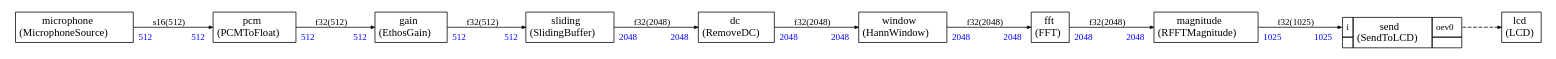
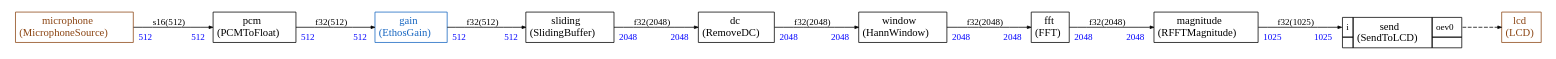
The diagram in projects/template_mram/generated/app.dot (christophe0606/EthosCatalog), drawn with Graphviz before and after one commit. The commit also changed 34 other files, not shown here.

Commit message:
Updated graph styling to distinguish different pte files

```diff
--- a/projects/template_mram/generated/app.dot
+++ b/projects/template_mram/generated/app.dot
@@ -1,149 +1,149 @@
 
 
 
 
 
 
 digraph structs {
     bgcolor = "white"
     node [shape=plaintext,color="black",fontcolor="black",fontname="Times-Roman"]
     rankdir=LR
     edge [arrowsize="0.5",color="black",fontcolor="black",fontname="Times-Roman"]
 
 
 dc [label=<
-<TABLE color="black" bgcolor="none" BORDER="0" CELLBORDER="1" CELLSPACING="0" CELLPADDING="4">
+<TABLE color="black" bgcolor="white" BORDER="0" CELLBORDER="1" CELLSPACING="0" CELLPADDING="4">
   <TR>
     <TD ALIGN="CENTER" PORT="i"><FONT COLOR="black" POINT-SIZE="14.0">dc<BR/>(RemoveDC)</FONT></TD>
   </TR>
 </TABLE>>];
 
 fft [label=<
-<TABLE color="black" bgcolor="none" BORDER="0" CELLBORDER="1" CELLSPACING="0" CELLPADDING="4">
+<TABLE color="black" bgcolor="white" BORDER="0" CELLBORDER="1" CELLSPACING="0" CELLPADDING="4">
   <TR>
     <TD ALIGN="CENTER" PORT="i"><FONT COLOR="black" POINT-SIZE="14.0">fft<BR/>(FFT)</FONT></TD>
   </TR>
 </TABLE>>];
 
 gain [label=<
-<TABLE color="black" bgcolor="none" BORDER="0" CELLBORDER="1" CELLSPACING="0" CELLPADDING="4">
+<TABLE color="#1565C0" bgcolor="white" BORDER="0" CELLBORDER="1" CELLSPACING="0" CELLPADDING="4">
   <TR>
-    <TD ALIGN="CENTER" PORT="i"><FONT COLOR="black" POINT-SIZE="14.0">gain<BR/>(EthosGain)</FONT></TD>
+    <TD ALIGN="CENTER" PORT="i"><FONT COLOR="#1565C0" POINT-SIZE="14.0">gain<BR/>(EthosGain)</FONT></TD>
   </TR>
 </TABLE>>];
 
 magnitude [label=<
-<TABLE color="black" bgcolor="none" BORDER="0" CELLBORDER="1" CELLSPACING="0" CELLPADDING="4">
+<TABLE color="black" bgcolor="white" BORDER="0" CELLBORDER="1" CELLSPACING="0" CELLPADDING="4">
   <TR>
     <TD ALIGN="CENTER" PORT="i"><FONT COLOR="black" POINT-SIZE="14.0">magnitude<BR/>(RFFTMagnitude)</FONT></TD>
   </TR>
 </TABLE>>];
 
 microphone [label=<
-<TABLE color="black" bgcolor="none" BORDER="0" CELLBORDER="1" CELLSPACING="0" CELLPADDING="4">
+<TABLE color="#8B4513" bgcolor="white" BORDER="0" CELLBORDER="1" CELLSPACING="0" CELLPADDING="4">
   <TR>
-    <TD ALIGN="CENTER" PORT="i"><FONT COLOR="black" POINT-SIZE="14.0">microphone<BR/>(MicrophoneSource)</FONT></TD>
+    <TD ALIGN="CENTER" PORT="i"><FONT COLOR="#8B4513" POINT-SIZE="14.0">microphone<BR/>(MicrophoneSource)</FONT></TD>
   </TR>
 </TABLE>>];
 
 pcm [label=<
-<TABLE color="black" bgcolor="none" BORDER="0" CELLBORDER="1" CELLSPACING="0" CELLPADDING="4">
+<TABLE color="black" bgcolor="white" BORDER="0" CELLBORDER="1" CELLSPACING="0" CELLPADDING="4">
   <TR>
     <TD ALIGN="CENTER" PORT="i"><FONT COLOR="black" POINT-SIZE="14.0">pcm<BR/>(PCMToFloat)</FONT></TD>
   </TR>
 </TABLE>>];
 
 
 send [label=<
-<TABLE color="black" bgcolor="none" BORDER="0" CELLBORDER="1" CELLSPACING="0" CELLPADDING="4">
+<TABLE color="black" bgcolor="white" BORDER="0" CELLBORDER="1" CELLSPACING="0" CELLPADDING="4">
   <TR>
     <TD PORT="i"><FONT POINT-SIZE="12.0" COLOR="black">i</FONT></TD>
     <TD ALIGN="CENTER" ROWSPAN="2"><FONT COLOR="black" POINT-SIZE="14.0">send<BR/>(SendToLCD)</FONT></TD>
     <TD PORT="oev0"><FONT POINT-SIZE="12.0" COLOR="black">oev0</FONT></TD>
   </TR>
 <TR>
 
 <TD></TD>
 
 <TD></TD></TR>
 
 </TABLE>>];
 
 sliding [label=<
-<TABLE color="black" bgcolor="none" BORDER="0" CELLBORDER="1" CELLSPACING="0" CELLPADDING="4">
+<TABLE color="black" bgcolor="white" BORDER="0" CELLBORDER="1" CELLSPACING="0" CELLPADDING="4">
   <TR>
     <TD ALIGN="CENTER" PORT="i"><FONT COLOR="black" POINT-SIZE="14.0">sliding<BR/>(SlidingBuffer)</FONT></TD>
   </TR>
 </TABLE>>];
 
 window [label=<
-<TABLE color="black" bgcolor="none" BORDER="0" CELLBORDER="1" CELLSPACING="0" CELLPADDING="4">
+<TABLE color="black" bgcolor="white" BORDER="0" CELLBORDER="1" CELLSPACING="0" CELLPADDING="4">
   <TR>
     <TD ALIGN="CENTER" PORT="i"><FONT COLOR="black" POINT-SIZE="14.0">window<BR/>(HannWindow)</FONT></TD>
   </TR>
 </TABLE>>];
 
 lcd [label=<
-<TABLE color="black" bgcolor="none" BORDER="0" CELLBORDER="1" CELLSPACING="0" CELLPADDING="4">
+<TABLE color="#8B4513" bgcolor="white" BORDER="0" CELLBORDER="1" CELLSPACING="0" CELLPADDING="4">
   <TR>
-    <TD ALIGN="CENTER" PORT="i"><FONT COLOR="black" POINT-SIZE="14.0">lcd<BR/>(LCD)</FONT></TD>
+    <TD ALIGN="CENTER" PORT="i"><FONT COLOR="#8B4513" POINT-SIZE="14.0">lcd<BR/>(LCD)</FONT></TD>
   </TR>
 </TABLE>>];
 
 
 
 microphone:i -> pcm:i [style="solid",color="black",fontsize="12.0",fontcolor="black",label=<s16(512)>
 ,headlabel=<<TABLE BORDER="0" CELLPADDING="4"><TR><TD><FONT COLOR="blue" POINT-SIZE="12.0" >512</FONT>
 </TD></TR></TABLE>>
 ,taillabel=<<TABLE BORDER="0" CELLPADDING="4"><TR><TD><FONT COLOR="blue" POINT-SIZE="12.0" >512</FONT>
 </TD></TR></TABLE>>]
 
 pcm:i -> gain:i [style="solid",color="black",fontsize="12.0",fontcolor="black",label=<f32(512)>
 ,headlabel=<<TABLE BORDER="0" CELLPADDING="4"><TR><TD><FONT COLOR="blue" POINT-SIZE="12.0" >512</FONT>
 </TD></TR></TABLE>>
 ,taillabel=<<TABLE BORDER="0" CELLPADDING="4"><TR><TD><FONT COLOR="blue" POINT-SIZE="12.0" >512</FONT>
 </TD></TR></TABLE>>]
 
 gain:i -> sliding:i [style="solid",color="black",fontsize="12.0",fontcolor="black",label=<f32(512)>
 ,headlabel=<<TABLE BORDER="0" CELLPADDING="4"><TR><TD><FONT COLOR="blue" POINT-SIZE="12.0" >512</FONT>
 </TD></TR></TABLE>>
 ,taillabel=<<TABLE BORDER="0" CELLPADDING="4"><TR><TD><FONT COLOR="blue" POINT-SIZE="12.0" >512</FONT>
 </TD></TR></TABLE>>]
 
 sliding:i -> dc:i [style="solid",color="black",fontsize="12.0",fontcolor="black",label=<f32(2048)>
 ,headlabel=<<TABLE BORDER="0" CELLPADDING="4"><TR><TD><FONT COLOR="blue" POINT-SIZE="12.0" >2048</FONT>
 </TD></TR></TABLE>>
 ,taillabel=<<TABLE BORDER="0" CELLPADDING="4"><TR><TD><FONT COLOR="blue" POINT-SIZE="12.0" >2048</FONT>
 </TD></TR></TABLE>>]
 
 dc:i -> window:i [style="solid",color="black",fontsize="12.0",fontcolor="black",label=<f32(2048)>
 ,headlabel=<<TABLE BORDER="0" CELLPADDING="4"><TR><TD><FONT COLOR="blue" POINT-SIZE="12.0" >2048</FONT>
 </TD></TR></TABLE>>
 ,taillabel=<<TABLE BORDER="0" CELLPADDING="4"><TR><TD><FONT COLOR="blue" POINT-SIZE="12.0" >2048</FONT>
 </TD></TR></TABLE>>]
 
 window:i -> fft:i [style="solid",color="black",fontsize="12.0",fontcolor="black",label=<f32(2048)>
 ,headlabel=<<TABLE BORDER="0" CELLPADDING="4"><TR><TD><FONT COLOR="blue" POINT-SIZE="12.0" >2048</FONT>
 </TD></TR></TABLE>>
 ,taillabel=<<TABLE BORDER="0" CELLPADDING="4"><TR><TD><FONT COLOR="blue" POINT-SIZE="12.0" >2048</FONT>
 </TD></TR></TABLE>>]
 
 fft:i -> magnitude:i [style="solid",color="black",fontsize="12.0",fontcolor="black",label=<f32(2048)>
 ,headlabel=<<TABLE BORDER="0" CELLPADDING="4"><TR><TD><FONT COLOR="blue" POINT-SIZE="12.0" >2048</FONT>
 </TD></TR></TABLE>>
 ,taillabel=<<TABLE BORDER="0" CELLPADDING="4"><TR><TD><FONT COLOR="blue" POINT-SIZE="12.0" >2048</FONT>
 </TD></TR></TABLE>>]
 
 magnitude:i -> send:i [style="solid",color="black",fontsize="12.0",fontcolor="black",label=<f32(1025)>
 ,headlabel=<<TABLE BORDER="0" CELLPADDING="4"><TR><TD><FONT COLOR="blue" POINT-SIZE="12.0" >1025</FONT>
 </TD></TR></TABLE>>
 ,taillabel=<<TABLE BORDER="0" CELLPADDING="4"><TR><TD><FONT COLOR="blue" POINT-SIZE="12.0" >1025</FONT>
 </TD></TR></TABLE>>]
 
 
 
 send:oev0 -> lcd:i [style="dashed",color="black",fontsize="12.0",fontcolor="black",label=<>
 
 ]
 
 }
```
